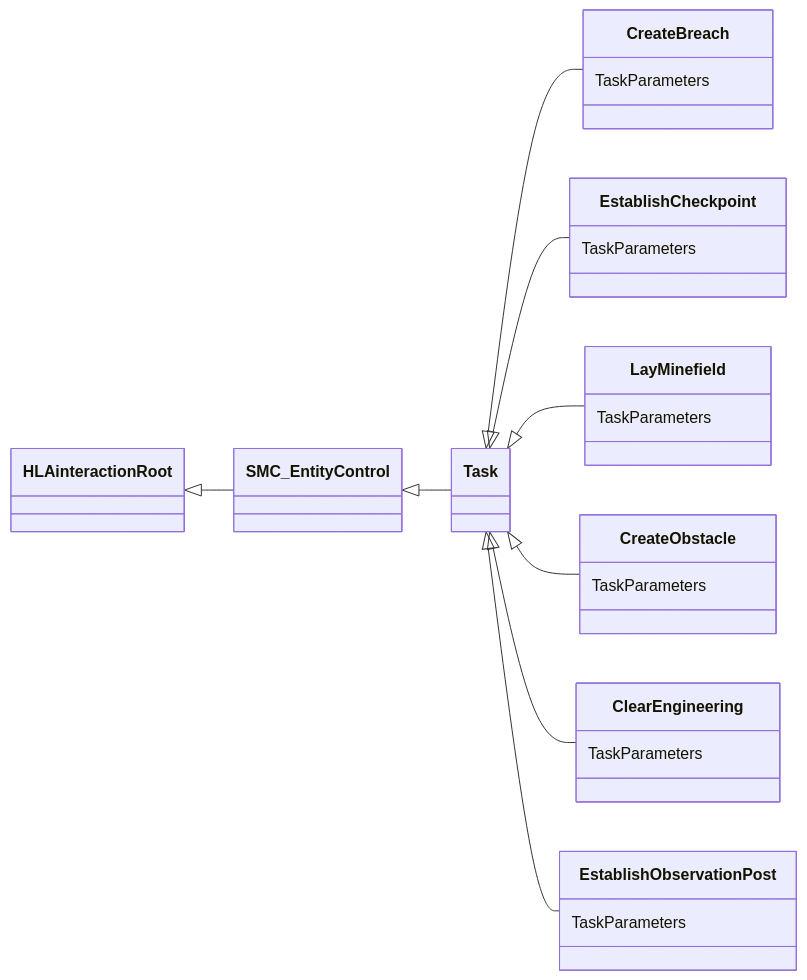
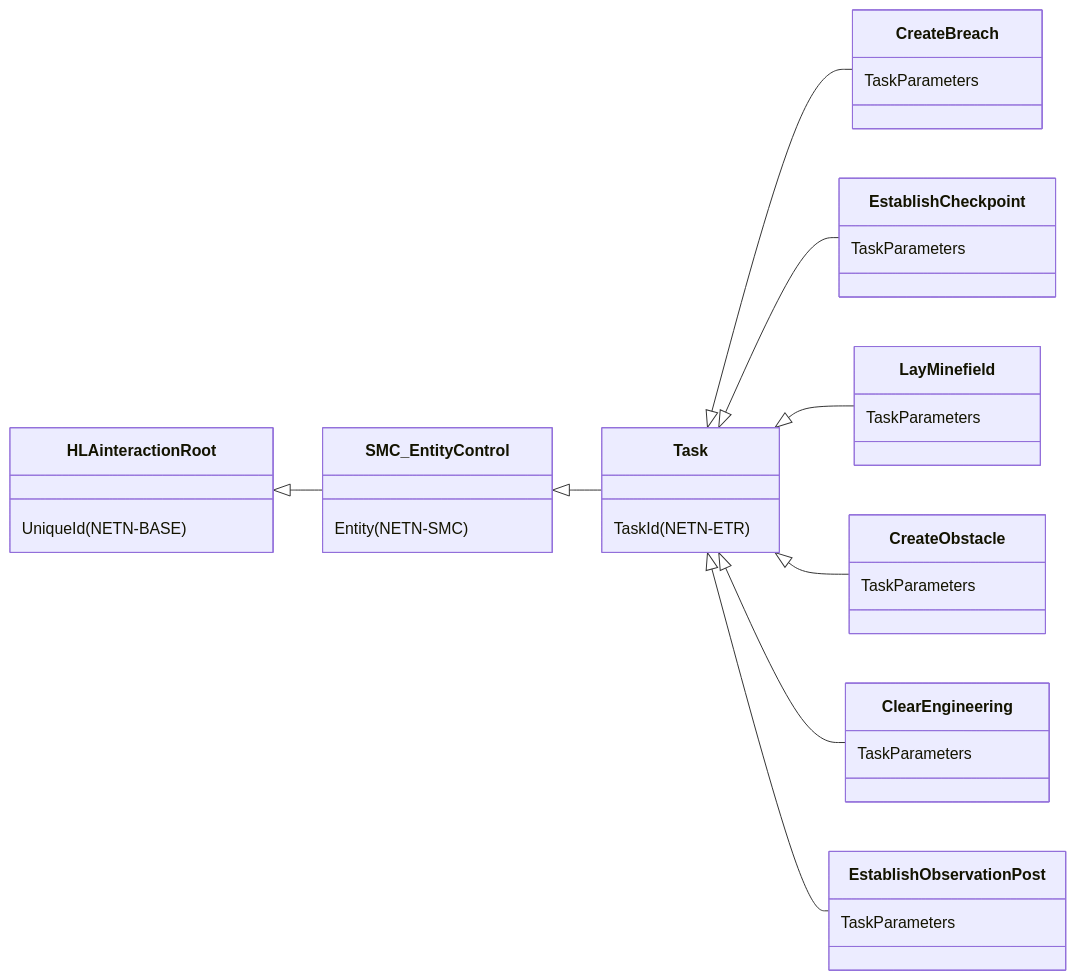
One commit to AMSP-04/NETN-SE changed the second of 2 diagrams in NETN-SE.md. Above: the diagram before and after it, drawn with Mermaid. The commit also changed other lines of this file and 3 other files, not shown here.

````diff
--- a/NETN-SE.md
+++ b/NETN-SE.md
@@ -129,18 +184,21 @@
 ```mermaid
 classDiagram 
 direction LR
 HLAinteractionRoot <|-- SMC_EntityControl
+HLAinteractionRoot : UniqueId(NETN-BASE)
 SMC_EntityControl <|-- Task
+SMC_EntityControl : Entity(NETN-SMC)
 Task <|-- CreateBreach
 Task <|-- EstablishCheckpoint
 Task <|-- LayMinefield
 Task <|-- CreateObstacle
 Task <|-- ClearEngineering
 Task <|-- EstablishObservationPost
+Task : TaskId(NETN-ETR)
 CreateBreach : TaskParameters
 EstablishCheckpoint : TaskParameters
 LayMinefield : TaskParameters
 CreateObstacle : TaskParameters
 ClearEngineering : TaskParameters
 EstablishObservationPost : TaskParameters
 ```
````
